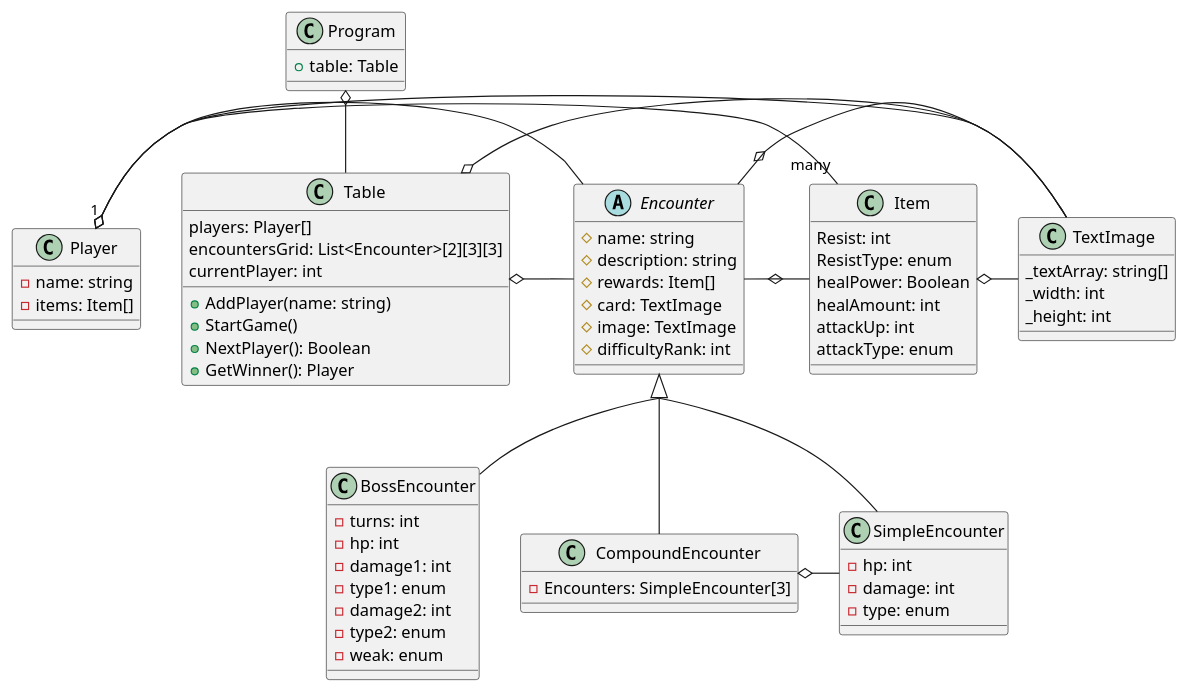
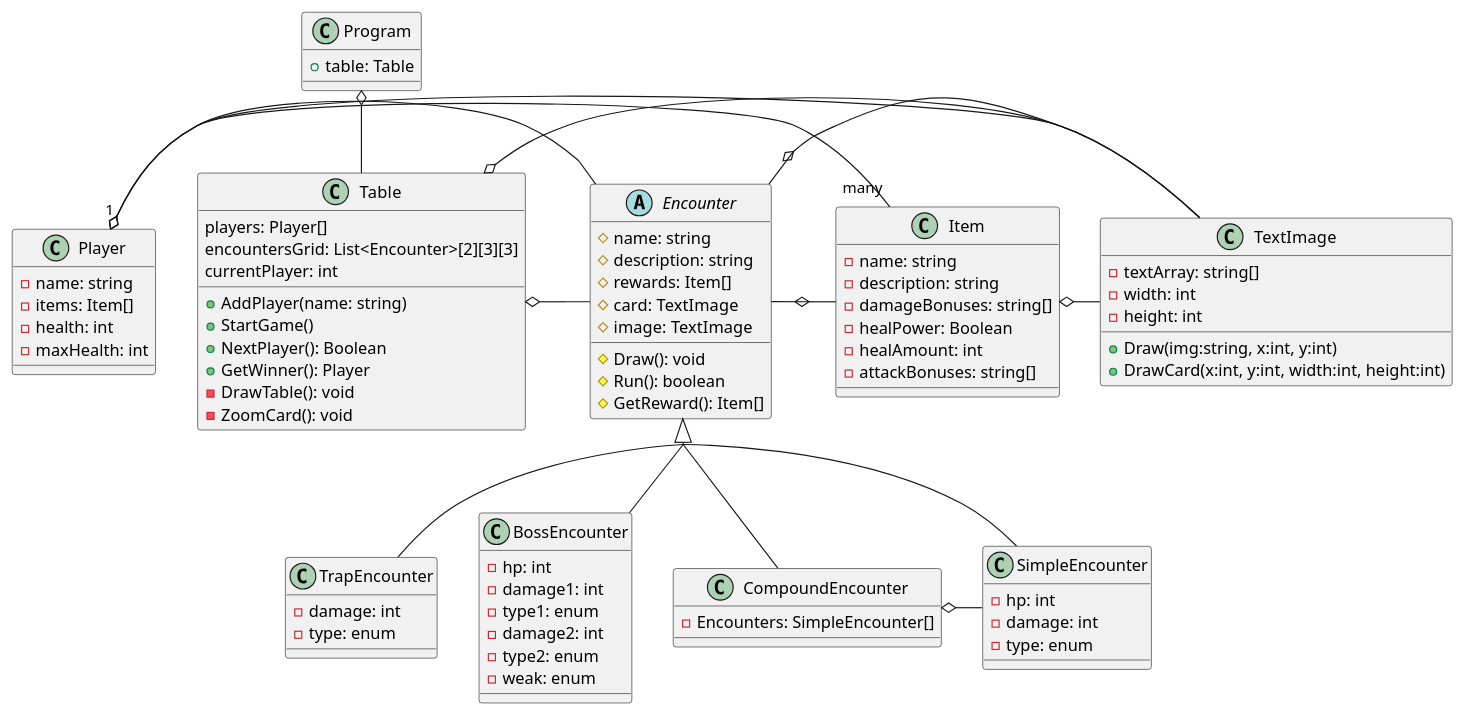
One commit to crewsbd/cse210 changed the diagram in final/FinalProject/ClassDiagram.puml. Above: the diagram before and after it, drawn with PlantUML. The commit also changed 17 other files, not shown here.

```diff
--- a/final/FinalProject/ClassDiagram.puml
+++ b/final/FinalProject/ClassDiagram.puml
@@ -1,76 +1,89 @@
 @startuml Dungeon
 static class Program {
     +table: Table
 }
 abstract class Encounter {
     #name: string
     #description: string
     #rewards: Item[]
     #card: TextImage
     #image: TextImage
-    #difficultyRank: int
+    #Draw(): void
+    #Run(): boolean
+    #GetReward(): Item[]
 }
 together {
     class SimpleEncounter {
         -hp: int
         -damage: int
         -type: enum
     }
     class BossEncounter {
-        -turns: int
         -hp: int
         -damage1: int
         -type1: enum
         -damage2: int
         -type2: enum
         -weak: enum
     }
     class CompoundEncounter {
-        -Encounters: SimpleEncounter[3]
+        -Encounters: SimpleEncounter[]
+    }
+    class TrapEncounter {
+        -damage: int
+        -type: enum
     }
 }
 class Player {
     -name: string
     -items: Item[]
+    -health: int
+    -maxHealth: int
 }
 class Table {
     players: Player[]
     encountersGrid: List<Encounter>[2][3][3]
     currentPlayer: int
 
     +AddPlayer(name: string)
     +StartGame()
     +NextPlayer(): Boolean
     +GetWinner(): Player
+    -DrawTable(): void
+    -ZoomCard(): void
 }
 class Item {
-    Resist: int
-    ResistType: enum
-    healPower: Boolean
-    healAmount: int
-    attackUp: int
-    attackType: enum
+    -name: string
+    -description: string
+    -damageBonuses: string[]
+    -healPower: Boolean
+    -healAmount: int
+    -attackBonuses: string[]
 }
 class TextImage {
-    _textArray: string[]
-    _width: int
-    _height: int
+    -textArray: string[]
+    -width: int
+    -height: int
+    +Draw(img:string, x:int, y:int)
+    +DrawCard(x:int, y:int, width:int, height:int)
+
 }
 
 skinparam groupInheritance 2
 
 Program o-- Table
 Encounter <|-- SimpleEncounter
 Encounter <|-- BossEncounter
 Encounter <|-- CompoundEncounter
+Encounter <|-- TrapEncounter
 Player "1" o- "many" Item
 Encounter o- TextImage
 Table o- TextImage
 Encounter o- Item
 Player o- Encounter
 Player o- TextImage
 Table o- Encounter
 Item o- TextImage
 CompoundEncounter o- SimpleEncounter
 
 @enduml
```
